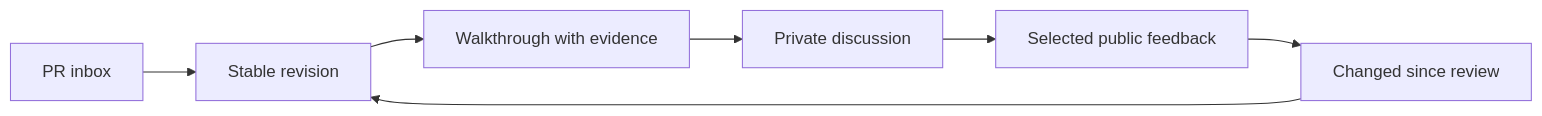
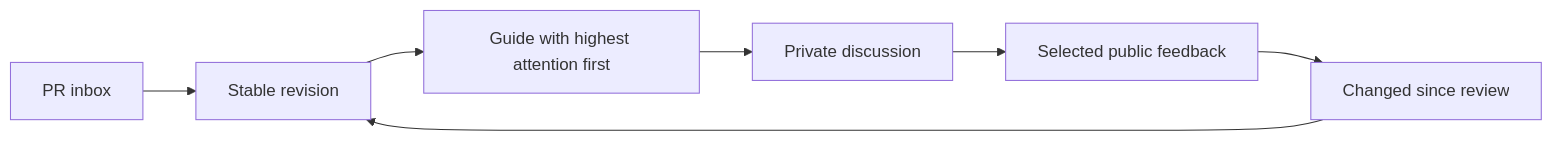
Before and after one commit to crs48/diffcity: the first of 2 diagrams in docs/explorations/0000_[_]_DIFFCITY_ARCHITECTURE_AND_INTEGRATION.md, drawn with Mermaid. The commit also changed other lines of this file and 12 other files, not shown here.

````diff
--- a/docs/explorations/0000_[_]_DIFFCITY_ARCHITECTURE_AND_INTEGRATION.md
+++ b/docs/explorations/0000_[_]_DIFFCITY_ARCHITECTURE_AND_INTEGRATION.md
@@ -48,9 +56,9 @@
 ```mermaid
 flowchart LR
   Inbox[PR inbox] --> Revision[Stable revision]
-  Revision --> Narrative[Walkthrough with evidence]
+  Revision --> Narrative[Guide with highest attention first]
   Narrative --> Discussion[Private discussion]
   Discussion --> Feedback[Selected public feedback]
   Feedback --> Changed[Changed since review]
   Changed --> Revision
 ```
````
